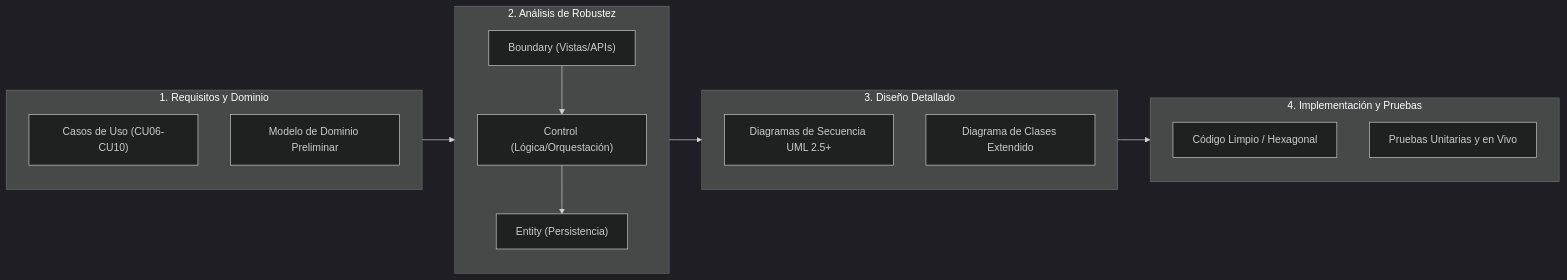
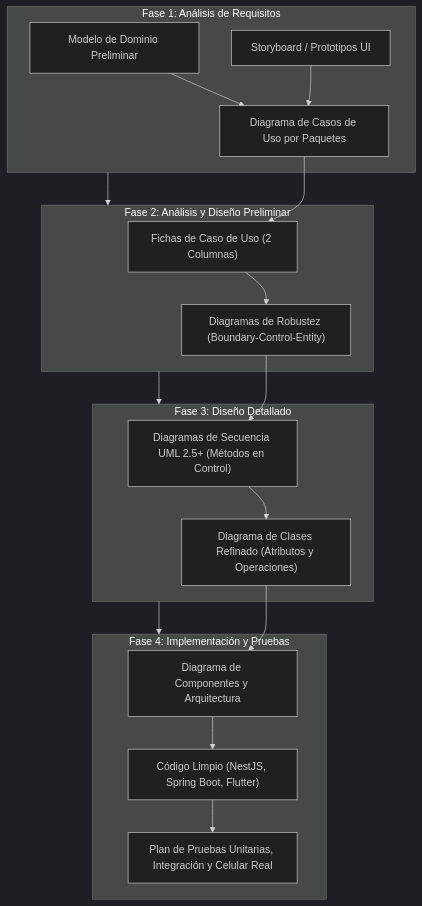
The first of 15 diagrams in docs/opcion_B_documentacion.md (DiegoxdGarcia2/2doParcialSW2), drawn with Mermaid (dark theme) before and after one commit. The commit also changed other lines of this file and 10 other files, not shown here.

Commit message:
docs: actualizar documentacion formal segun guias GuiaDocIconix y agregar panel de navegacion con 14 diagramas en archivo .qea

````diff
--- a/docs/opcion_B_documentacion.md
+++ b/docs/opcion_B_documentacion.md
@@ -137,23 +139,31 @@
 ```mermaid
-flowchart LR
-    subgraph FASE_1["1. Requisitos y Dominio"]
-        CU["Casos de Uso (CU06-CU10)"]
+flowchart TD
+    subgraph F1["Fase 1: Análisis de Requisitos"]
         MD["Modelo de Dominio Preliminar"]
-    end
-    subgraph FASE_2["2. Análisis de Robustez"]
-        B["Boundary (Vistas/APIs)"]
-        C["Control (Lógica/Orquestación)"]
-        E["Entity (Persistencia)"]
-        B --> C --> E
-    end
-    subgraph FASE_3["3. Diseño Detallado"]
-        DS["Diagramas de Secuencia UML 2.5+"]
-        DC["Diagrama de Clases Extendido"]
-    end
-    subgraph FASE_4["4. Implementación y Pruebas"]
-        CODE["Código Limpio / Hexagonal"]
-        TEST["Pruebas Unitarias y en Vivo"]
+        ST["Storyboard / Prototipos UI"]
+        UC["Diagrama de Casos de Uso por Paquetes"]
+        MD --> UC
+        ST --> UC
     end
 
-    FASE_1 --> FASE_2 --> FASE_3 --> FASE_4
+    subgraph F2["Fase 2: Análisis y Diseño Preliminar"]
+        FUC["Fichas de Caso de Uso (2 Columnas)"]
+        DR["Diagramas de Robustez (Boundary-Control-Entity)"]
+        UC --> FUC --> DR
+    end
+
+    subgraph F3["Fase 3: Diseño Detallado"]
+        DS["Diagramas de Secuencia UML 2.5+ (Métodos en Control)"]
+        DC["Diagrama de Clases Refinado (Atributos y Operaciones)"]
+        DR --> DS --> DC
+    end
+
+    subgraph F4["Fase 4: Implementación y Pruebas"]
+        DCOMP["Diagrama de Componentes y Arquitectura"]
+        CODE["Código Limpio (NestJS, Spring Boot, Flutter)"]
+        TESTS["Plan de Pruebas Unitarias, Integración y Celular Real"]
+        DC --> DCOMP --> CODE --> TESTS
+    end
+
+    F1 --> F2 --> F3 --> F4
 ```
````
